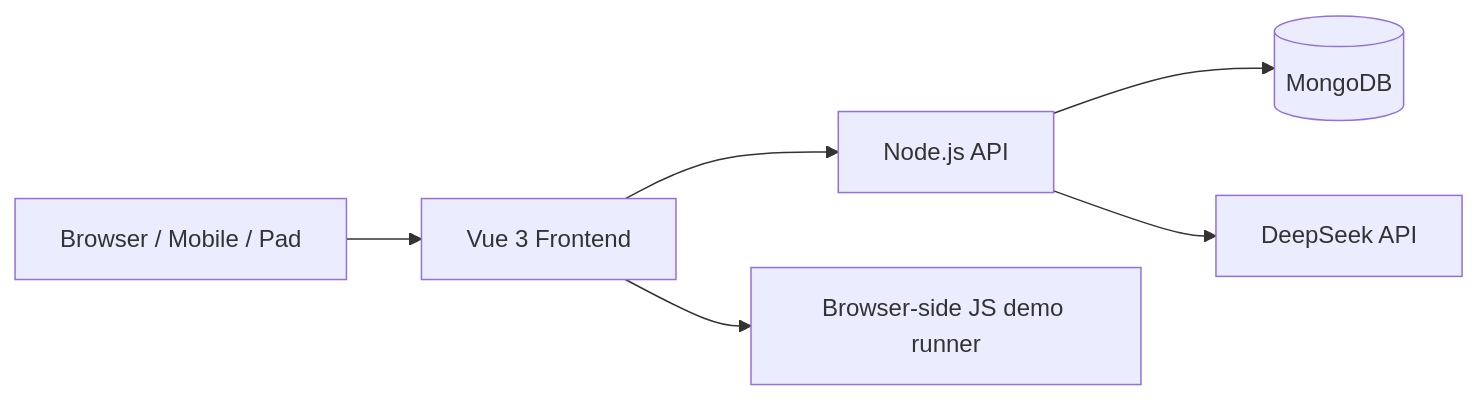
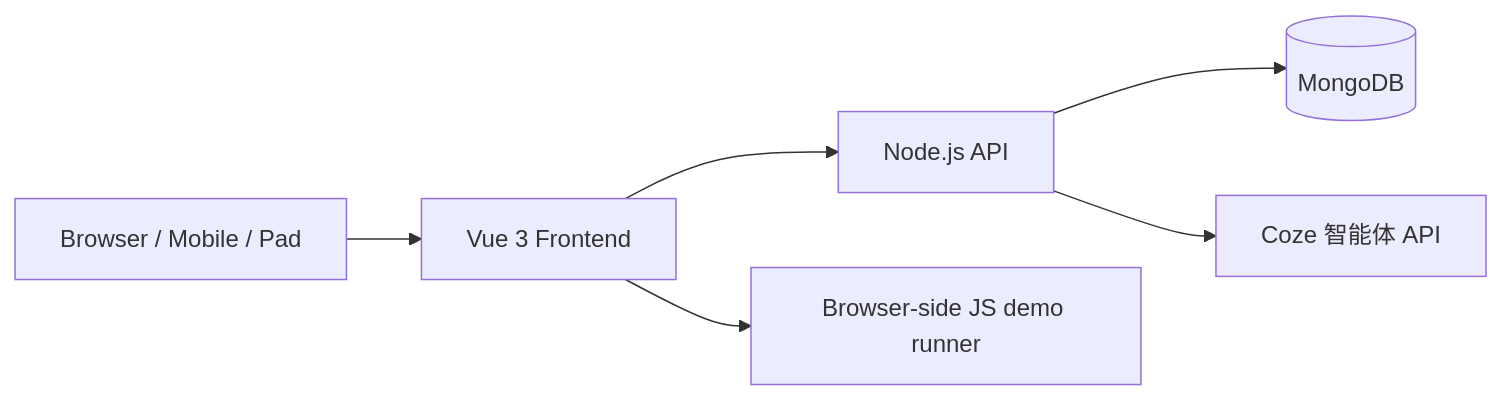
Before and after one commit to forgetallthing/IB: the first of 2 diagrams in docs/SPEC.md, drawn with Mermaid. The commit also changed other lines of this file and 2 other files, not shown here.

````diff
--- a/docs/SPEC.md
+++ b/docs/SPEC.md
@@ -61,8 +63,8 @@
 ```mermaid
 flowchart LR
   Browser[Browser / Mobile / Pad] --> Web[Vue 3 Frontend]
   Web --> Api[Node.js API]
   Api --> Mongo[(MongoDB)]
-  Api --> AI[DeepSeek API]
+  Api --> AI[Coze 智能体 API]
   Web --> LocalRunner[Browser-side JS demo runner]
 ```
````
